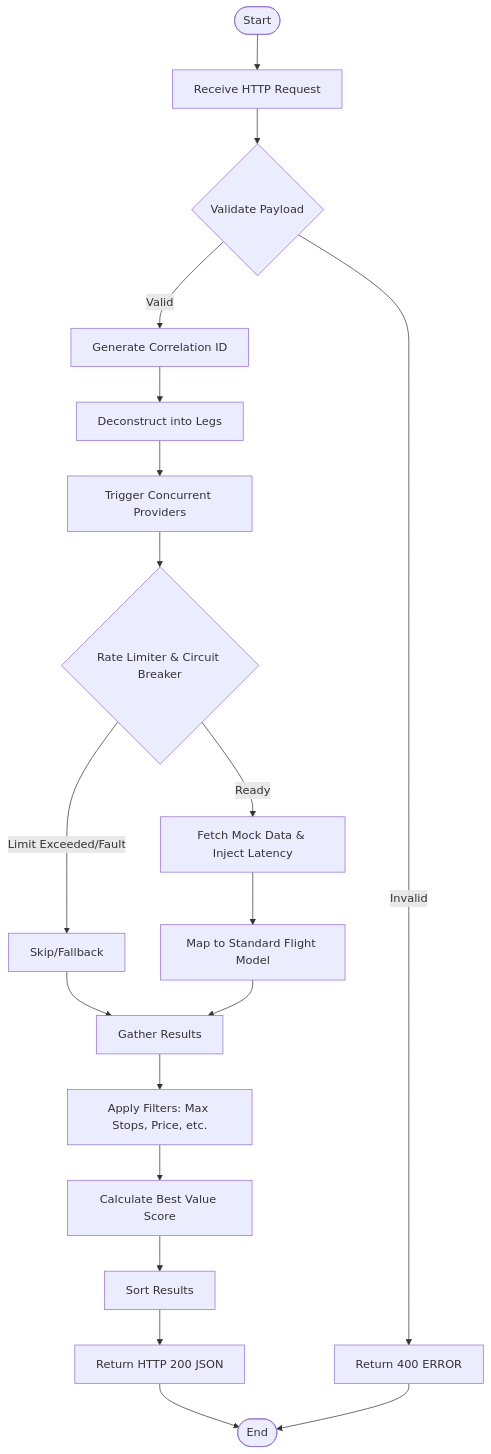
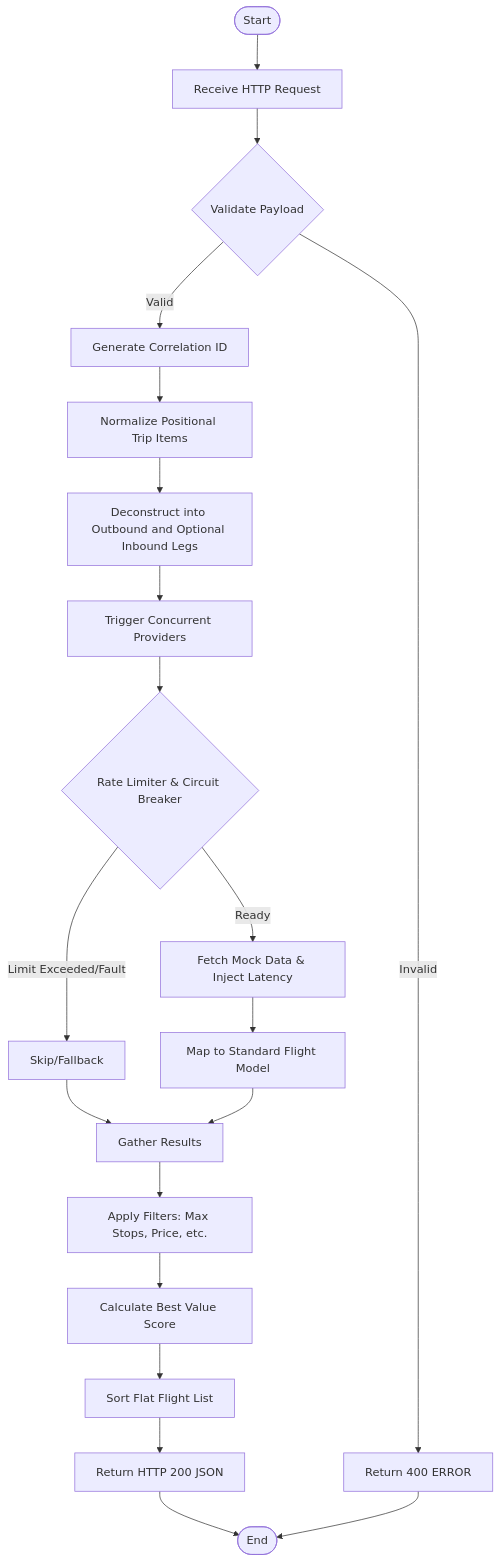
Before and after one commit to pandusatrianura/heimdall-travel-service: the second of 5 diagrams in README.md, drawn with Mermaid. The commit also changed other lines of this file and 13 other files, not shown here.

````diff
--- a/README.md
+++ b/README.md
@@ -364,21 +477,22 @@
 ```mermaid
 flowchart TD
     Start([Start]) --> A[Receive HTTP Request]
     A --> B{Validate Payload}
     B -- Invalid --> C[Return 400 ERROR]
     B -- Valid --> D[Generate Correlation ID]
-    D --> E[Deconstruct into Legs]
-    E --> F[Trigger Concurrent Providers]
+    D --> E[Normalize Positional Trip Items]
+    E --> E2[Deconstruct into Outbound and Optional Inbound Legs]
+    E2 --> F[Trigger Concurrent Providers]
     F --> G{Rate Limiter & Circuit Breaker}
     G -- Limit Exceeded/Fault --> H[Skip/Fallback]
     G -- Ready --> I[Fetch Mock Data & Inject Latency]
     I --> J[Map to Standard Flight Model]
     H --> K[Gather Results]
     J --> K
-    K --> L[Apply Filters: Max Stops, Price, etc.]
-    L --> M[Calculate Best Value Score]
-    M --> N[Sort Results]
-    N --> O[Return HTTP 200 JSON]
-    O --> End([End])
+    K --> M[Apply Filters: Max Stops, Price, etc.]
+    M --> N[Calculate Best Value Score]
+    N --> O[Sort Flat Flight List]
+    O --> P[Return HTTP 200 JSON]
+    P --> End([End])
     C --> End
 ```
````
